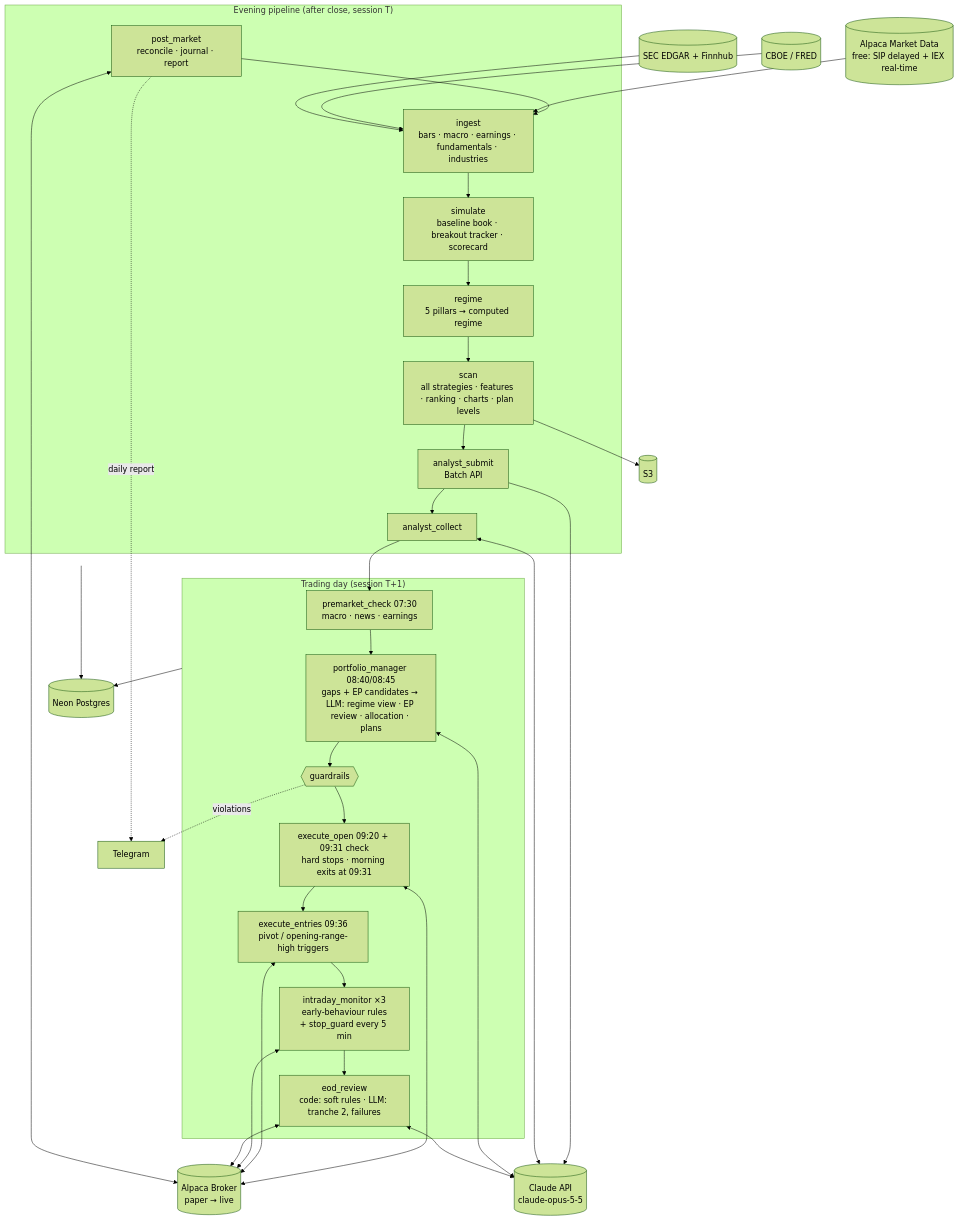
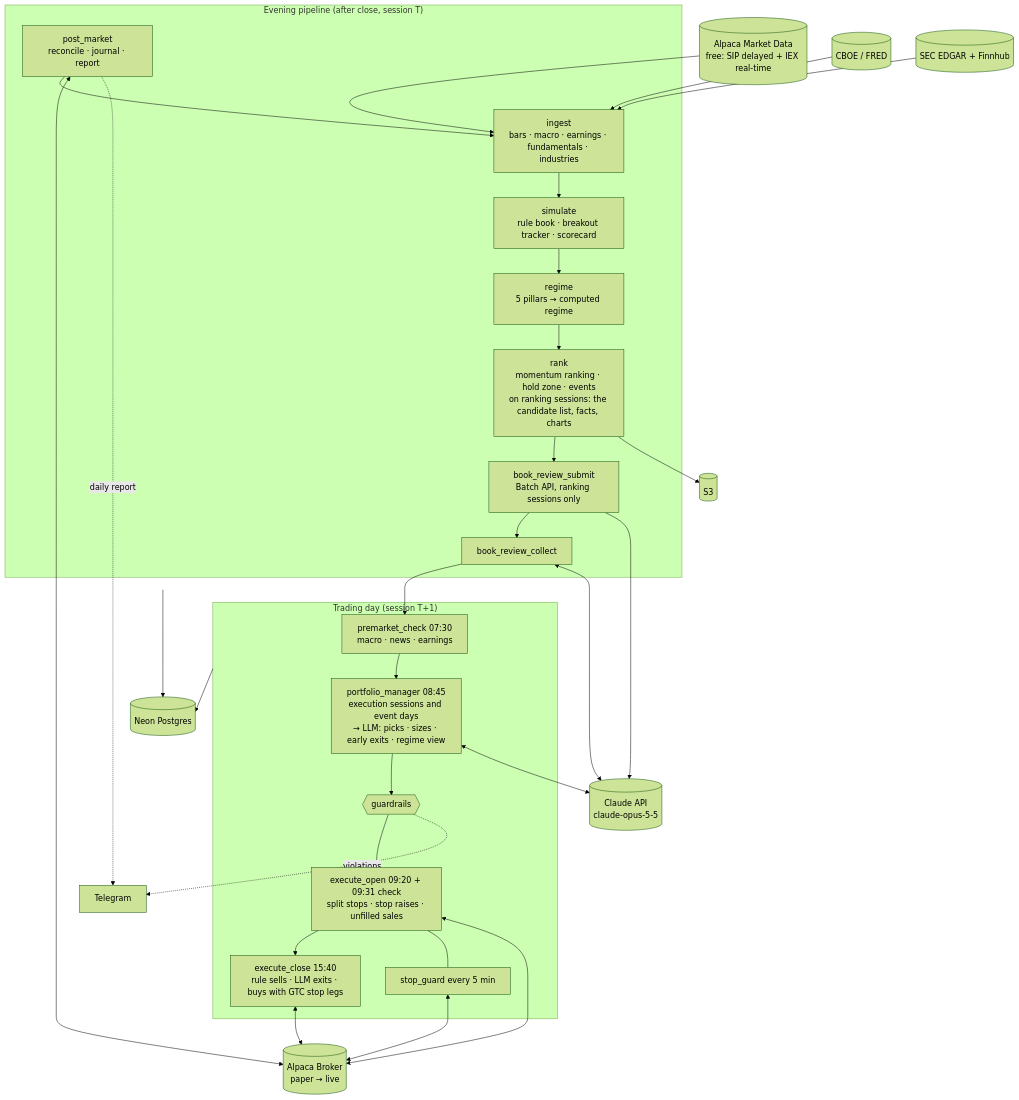
Before and after one commit to Dima252/AuraTrade: the diagram in README.md, drawn with Mermaid (forest theme). The commit also changed other lines of this file and 10 other files, not shown here.

First line of the commit message:
Task 3.9: the momentum-book spec (#147-#149)

````diff
--- a/README.md
+++ b/README.md
@@ -54,53 +54,51 @@
 ```mermaid
 flowchart TD
     subgraph EVE["Evening pipeline (after close, session T)"]
         PM1[post_market<br/>reconcile · journal · report]
         ING[ingest<br/>bars · macro · earnings · fundamentals · industries]
-        SIM[simulate<br/>baseline book · breakout tracker · scorecard]
+        SIM[simulate<br/>rule book · breakout tracker · scorecard]
         REG[regime<br/>5 pillars → computed regime]
-        SCAN[scan<br/>all strategies · features · ranking · charts · plan levels]
-        ANS[analyst_submit<br/>Batch API]
-        ANC[analyst_collect]
-        PM1 --> ING --> SIM --> REG --> SCAN --> ANS --> ANC
+        RNK[rank<br/>momentum ranking · hold zone · events<br/>on ranking sessions: the candidate list, facts, charts]
+        BRS[book_review_submit<br/>Batch API, ranking sessions only]
+        BRC[book_review_collect]
+        PM1 --> ING --> SIM --> REG --> RNK --> BRS --> BRC
     end
 
-    subgraph MORN["Trading day (session T+1)"]
+    subgraph DAY["Trading day (session T+1)"]
         PRE[premarket_check 07:30<br/>macro · news · earnings]
-        PMG[portfolio_manager 08:40/08:45<br/>gaps + EP candidates → LLM: regime view · EP review · allocation · plans]
+        PMG[portfolio_manager 08:45<br/>execution sessions and event days<br/>→ LLM: picks · sizes · early exits · regime view]
         GR{{guardrails}}
-        EXO[execute_open 09:20 + 09:31 check<br/>hard stops · morning exits at 09:31]
-        EXE[execute_entries 09:36<br/>pivot / opening-range-high triggers]
-        MON[intraday_monitor ×3<br/>early-behaviour rules<br/>+ stop_guard every 5 min]
-        EOD[eod_review<br/>code: soft rules · LLM: tranche 2, failures]
-        PRE --> PMG --> GR --> EXO --> EXE --> MON --> EOD
+        EXO[execute_open 09:20 + 09:31 check<br/>split stops · stop raises · unfilled sales]
+        EXC[execute_close 15:40<br/>rule sells · LLM exits · buys with GTC stop legs]
+        SG[stop_guard every 5 min]
+        PRE --> PMG --> GR --> EXO --> EXC
+        EXO --- SG
     end
 
-    ANC --> PRE
+    BRC --> PRE
 
     ALPD[(Alpaca Market Data<br/>free: SIP delayed + IEX real-time)]
     ALPB[(Alpaca Broker<br/>paper → live)]
     MAC[(CBOE / FRED)]
     FUN[(SEC EDGAR + Finnhub)]
     CL[(Claude API<br/>claude-opus-5-5)]
     DB[(Neon Postgres)]
     S3[(S3)]
     TG[Telegram]
 
     ALPD --> ING
     MAC --> ING
     FUN --> ING
-    ANS --> CL
-    ANC <--> CL
+    BRS --> CL
+    BRC <--> CL
     PMG <--> CL
-    EOD <--> CL
     EXO <--> ALPB
-    EXE <--> ALPB
-    MON <--> ALPB
-    EOD <--> ALPB
+    EXC <--> ALPB
+    SG <--> ALPB
     PM1 <--> ALPB
     EVE --> DB
-    MORN --> DB
-    SCAN --> S3
+    DAY --> DB
+    RNK --> S3
     GR -. violations .-> TG
     PM1 -. daily report .-> TG
 ```
````
